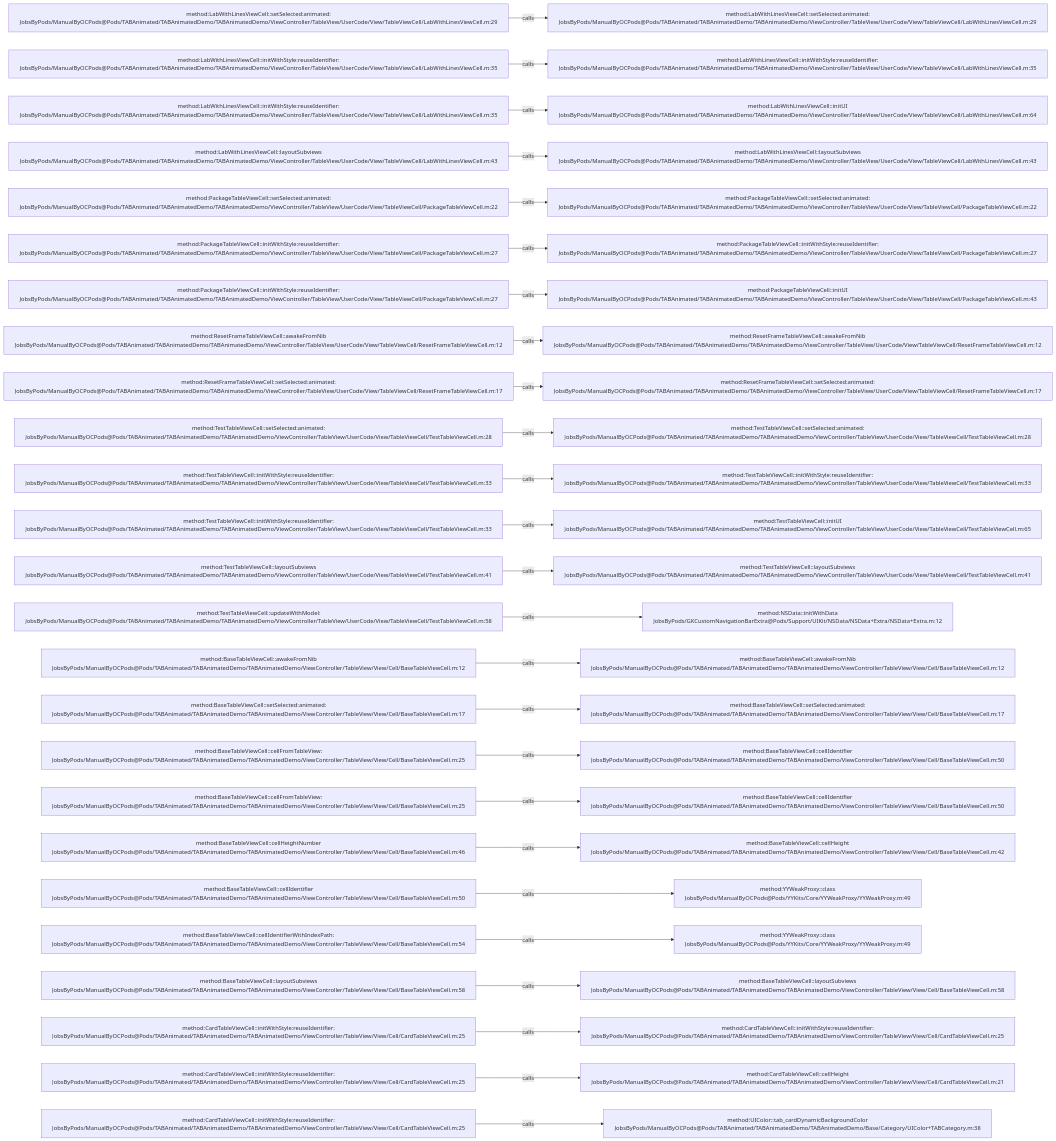
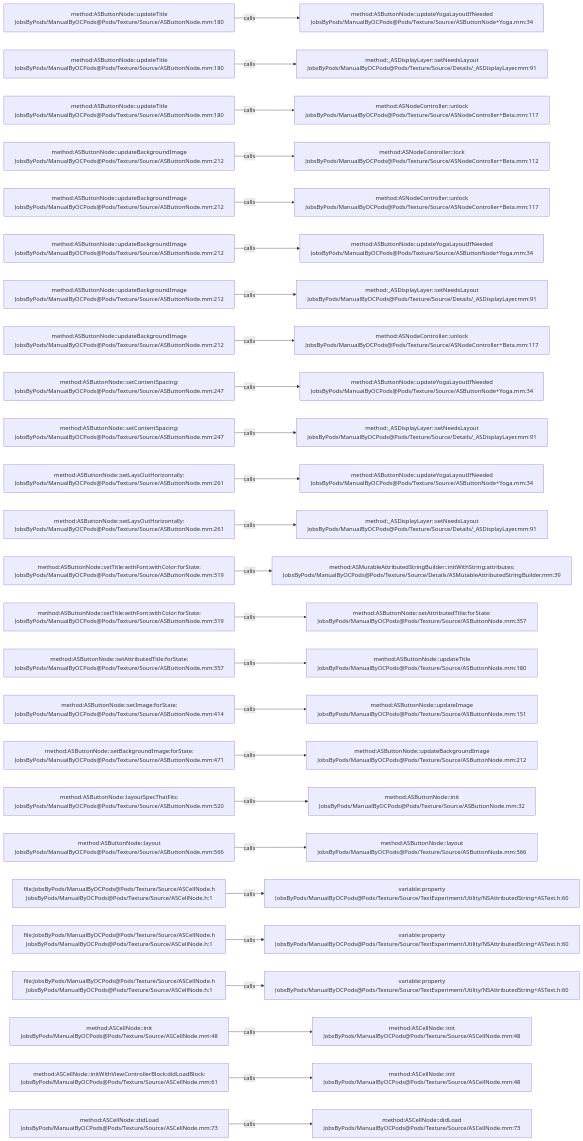
Before and after one commit to JobsKits/JobsOCBaseConfigDemo: the diagram in .codegraph/codegraph.md/graphs/calls-074.md, drawn with Mermaid. The commit also changed 1223 other files, not shown here.

````diff
--- a/.codegraph/codegraph.md/graphs/calls-074.md
+++ b/.codegraph/codegraph.md/graphs/calls-074.md
@@ -13,78 +13,78 @@
 ```mermaid
 flowchart LR
-  S1["method:LabWithLinesViewCell::setSelected:animated:<br/>JobsByPods/ManualByOCPods@Pods/TABAnimated/TABAnimatedDemo/TABAnimatedDemo/ViewController/TableView/UserCode/View/TableViewCell/LabWithLinesViewCell.m:29"]
-  T1["method:LabWithLinesViewCell::setSelected:animated:<br/>JobsByPods/ManualByOCPods@Pods/TABAnimated/TABAnimatedDemo/TABAnimatedDemo/ViewController/TableView/UserCode/View/TableViewCell/LabWithLinesViewCell.m:29"]
+  S1["method:ASButtonNode::updateTitle<br/>JobsByPods/ManualByOCPods@Pods/Texture/Source/ASButtonNode.mm:180"]
+  T1["method:ASButtonNode::updateYogaLayoutIfNeeded<br/>JobsByPods/ManualByOCPods@Pods/Texture/Source/ASButtonNode+Yoga.mm:34"]
   S1 -->|calls| T1
-  S2["method:LabWithLinesViewCell::initWithStyle:reuseIdentifier:<br/>JobsByPods/ManualByOCPods@Pods/TABAnimated/TABAnimatedDemo/TABAnimatedDemo/ViewController/TableView/UserCode/View/TableViewCell/LabWithLinesViewCell.m:35"]
-  T2["method:LabWithLinesViewCell::initWithStyle:reuseIdentifier:<br/>JobsByPods/ManualByOCPods@Pods/TABAnimated/TABAnimatedDemo/TABAnimatedDemo/ViewController/TableView/UserCode/View/TableViewCell/LabWithLinesViewCell.m:35"]
+  S2["method:ASButtonNode::updateTitle<br/>JobsByPods/ManualByOCPods@Pods/Texture/Source/ASButtonNode.mm:180"]
+  T2["method:_ASDisplayLayer::setNeedsLayout<br/>JobsByPods/ManualByOCPods@Pods/Texture/Source/Details/_ASDisplayLayer.mm:91"]
   S2 -->|calls| T2
-  S3["method:LabWithLinesViewCell::initWithStyle:reuseIdentifier:<br/>JobsByPods/ManualByOCPods@Pods/TABAnimated/TABAnimatedDemo/TABAnimatedDemo/ViewController/TableView/UserCode/View/TableViewCell/LabWithLinesViewCell.m:35"]
-  T3["method:LabWithLinesViewCell::initUI<br/>JobsByPods/ManualByOCPods@Pods/TABAnimated/TABAnimatedDemo/TABAnimatedDemo/ViewController/TableView/UserCode/View/TableViewCell/LabWithLinesViewCell.m:64"]
+  S3["method:ASButtonNode::updateTitle<br/>JobsByPods/ManualByOCPods@Pods/Texture/Source/ASButtonNode.mm:180"]
+  T3["method:ASNodeController::unlock<br/>JobsByPods/ManualByOCPods@Pods/Texture/Source/ASNodeController+Beta.mm:117"]
   S3 -->|calls| T3
-  S4["method:LabWithLinesViewCell::layoutSubviews<br/>JobsByPods/ManualByOCPods@Pods/TABAnimated/TABAnimatedDemo/TABAnimatedDemo/ViewController/TableView/UserCode/View/TableViewCell/LabWithLinesViewCell.m:43"]
-  T4["method:LabWithLinesViewCell::layoutSubviews<br/>JobsByPods/ManualByOCPods@Pods/TABAnimated/TABAnimatedDemo/TABAnimatedDemo/ViewController/TableView/UserCode/View/TableViewCell/LabWithLinesViewCell.m:43"]
+  S4["method:ASButtonNode::updateBackgroundImage<br/>JobsByPods/ManualByOCPods@Pods/Texture/Source/ASButtonNode.mm:212"]
+  T4["method:ASNodeController::lock<br/>JobsByPods/ManualByOCPods@Pods/Texture/Source/ASNodeController+Beta.mm:112"]
   S4 -->|calls| T4
-  S5["method:PackageTableViewCell::setSelected:animated:<br/>JobsByPods/ManualByOCPods@Pods/TABAnimated/TABAnimatedDemo/TABAnimatedDemo/ViewController/TableView/UserCode/View/TableViewCell/PackageTableViewCell.m:22"]
-  T5["method:PackageTableViewCell::setSelected:animated:<br/>JobsByPods/ManualByOCPods@Pods/TABAnimated/TABAnimatedDemo/TABAnimatedDemo/ViewController/TableView/UserCode/View/TableViewCell/PackageTableViewCell.m:22"]
+  S5["method:ASButtonNode::updateBackgroundImage<br/>JobsByPods/ManualByOCPods@Pods/Texture/Source/ASButtonNode.mm:212"]
+  T5["method:ASNodeController::unlock<br/>JobsByPods/ManualByOCPods@Pods/Texture/Source/ASNodeController+Beta.mm:117"]
   S5 -->|calls| T5
-  S6["method:PackageTableViewCell::initWithStyle:reuseIdentifier:<br/>JobsByPods/ManualByOCPods@Pods/TABAnimated/TABAnimatedDemo/TABAnimatedDemo/ViewController/TableView/UserCode/View/TableViewCell/PackageTableViewCell.m:27"]
-  T6["method:PackageTableViewCell::initWithStyle:reuseIdentifier:<br/>JobsByPods/ManualByOCPods@Pods/TABAnimated/TABAnimatedDemo/TABAnimatedDemo/ViewController/TableView/UserCode/View/TableViewCell/PackageTableViewCell.m:27"]
+  S6["method:ASButtonNode::updateBackgroundImage<br/>JobsByPods/ManualByOCPods@Pods/Texture/Source/ASButtonNode.mm:212"]
+  T6["method:ASButtonNode::updateYogaLayoutIfNeeded<br/>JobsByPods/ManualByOCPods@Pods/Texture/Source/ASButtonNode+Yoga.mm:34"]
   S6 -->|calls| T6
-  S7["method:PackageTableViewCell::initWithStyle:reuseIdentifier:<br/>JobsByPods/ManualByOCPods@Pods/TABAnimated/TABAnimatedDemo/TABAnimatedDemo/ViewController/TableView/UserCode/View/TableViewCell/PackageTableViewCell.m:27"]
-  T7["method:PackageTableViewCell::initUI<br/>JobsByPods/ManualByOCPods@Pods/TABAnimated/TABAnimatedDemo/TABAnimatedDemo/ViewController/TableView/UserCode/View/TableViewCell/PackageTableViewCell.m:43"]
+  S7["method:ASButtonNode::updateBackgroundImage<br/>JobsByPods/ManualByOCPods@Pods/Texture/Source/ASButtonNode.mm:212"]
+  T7["method:_ASDisplayLayer::setNeedsLayout<br/>JobsByPods/ManualByOCPods@Pods/Texture/Source/Details/_ASDisplayLayer.mm:91"]
   S7 -->|calls| T7
-  S8["method:ResetFrameTableViewCell::awakeFromNib<br/>JobsByPods/ManualByOCPods@Pods/TABAnimated/TABAnimatedDemo/TABAnimatedDemo/ViewController/TableView/UserCode/View/TableViewCell/ResetFrameTableViewCell.m:12"]
-  T8["method:ResetFrameTableViewCell::awakeFromNib<br/>JobsByPods/ManualByOCPods@Pods/TABAnimated/TABAnimatedDemo/TABAnimatedDemo/ViewController/TableView/UserCode/View/TableViewCell/ResetFrameTableViewCell.m:12"]
+  S8["method:ASButtonNode::updateBackgroundImage<br/>JobsByPods/ManualByOCPods@Pods/Texture/Source/ASButtonNode.mm:212"]
+  T8["method:ASNodeController::unlock<br/>JobsByPods/ManualByOCPods@Pods/Texture/Source/ASNodeController+Beta.mm:117"]
   S8 -->|calls| T8
-  S9["method:ResetFrameTableViewCell::setSelected:animated:<br/>JobsByPods/ManualByOCPods@Pods/TABAnimated/TABAnimatedDemo/TABAnimatedDemo/ViewController/TableView/UserCode/View/TableViewCell/ResetFrameTableViewCell.m:17"]
-  T9["method:ResetFrameTableViewCell::setSelected:animated:<br/>JobsByPods/ManualByOCPods@Pods/TABAnimated/TABAnimatedDemo/TABAnimatedDemo/ViewController/TableView/UserCode/View/TableViewCell/ResetFrameTableViewCell.m:17"]
+  S9["method:ASButtonNode::setContentSpacing:<br/>JobsByPods/ManualByOCPods@Pods/Texture/Source/ASButtonNode.mm:247"]
+  T9["method:ASButtonNode::updateYogaLayoutIfNeeded<br/>JobsByPods/ManualByOCPods@Pods/Texture/Source/ASButtonNode+Yoga.mm:34"]
   S9 -->|calls| T9
-  S10["method:TestTableViewCell::setSelected:animated:<br/>JobsByPods/ManualByOCPods@Pods/TABAnimated/TABAnimatedDemo/TABAnimatedDemo/ViewController/TableView/UserCode/View/TableViewCell/TestTableViewCell.m:28"]
-  T10["method:TestTableViewCell::setSelected:animated:<br/>JobsByPods/ManualByOCPods@Pods/TABAnimated/TABAnimatedDemo/TABAnimatedDemo/ViewController/TableView/UserCode/View/TableViewCell/TestTableViewCell.m:28"]
+  S10["method:ASButtonNode::setContentSpacing:<br/>JobsByPods/ManualByOCPods@Pods/Texture/Source/ASButtonNode.mm:247"]
+  T10["method:_ASDisplayLayer::setNeedsLayout<br/>JobsByPods/ManualByOCPods@Pods/Texture/Source/Details/_ASDisplayLayer.mm:91"]
   S10 -->|calls| T10
-  S11["method:TestTableViewCell::initWithStyle:reuseIdentifier:<br/>JobsByPods/ManualByOCPods@Pods/TABAnimated/TABAnimatedDemo/TABAnimatedDemo/ViewController/TableView/UserCode/View/TableViewCell/TestTableViewCell.m:33"]
-  T11["method:TestTableViewCell::initWithStyle:reuseIdentifier:<br/>JobsByPods/ManualByOCPods@Pods/TABAnimated/TABAnimatedDemo/TABAnimatedDemo/ViewController/TableView/UserCode/View/TableViewCell/TestTableViewCell.m:33"]
+  S11["method:ASButtonNode::setLaysOutHorizontally:<br/>JobsByPods/ManualByOCPods@Pods/Texture/Source/ASButtonNode.mm:261"]
+  T11["method:ASButtonNode::updateYogaLayoutIfNeeded<br/>JobsByPods/ManualByOCPods@Pods/Texture/Source/ASButtonNode+Yoga.mm:34"]
   S11 -->|calls| T11
-  S12["method:TestTableViewCell::initWithStyle:reuseIdentifier:<br/>JobsByPods/ManualByOCPods@Pods/TABAnimated/TABAnimatedDemo/TABAnimatedDemo/ViewController/TableView/UserCode/View/TableViewCell/TestTableViewCell.m:33"]
-  T12["method:TestTableViewCell::initUI<br/>JobsByPods/ManualByOCPods@Pods/TABAnimated/TABAnimatedDemo/TABAnimatedDemo/ViewController/TableView/UserCode/View/TableViewCell/TestTableViewCell.m:65"]
+  S12["method:ASButtonNode::setLaysOutHorizontally:<br/>JobsByPods/ManualByOCPods@Pods/Texture/Source/ASButtonNode.mm:261"]
+  T12["method:_ASDisplayLayer::setNeedsLayout<br/>JobsByPods/ManualByOCPods@Pods/Texture/Source/Details/_ASDisplayLayer.mm:91"]
   S12 -->|calls| T12
-  S13["method:TestTableViewCell::layoutSubviews<br/>JobsByPods/ManualByOCPods@Pods/TABAnimated/TABAnimatedDemo/TABAnimatedDemo/ViewController/TableView/UserCode/View/TableViewCell/TestTableViewCell.m:41"]
-  T13["method:TestTableViewCell::layoutSubviews<br/>JobsByPods/ManualByOCPods@Pods/TABAnimated/TABAnimatedDemo/TABAnimatedDemo/ViewController/TableView/UserCode/View/TableViewCell/TestTableViewCell.m:41"]
+  S13["method:ASButtonNode::setTitle:withFont:withColor:forState:<br/>JobsByPods/ManualByOCPods@Pods/Texture/Source/ASButtonNode.mm:319"]
+  T13["method:ASMutableAttributedStringBuilder::initWithString:attributes:<br/>JobsByPods/ManualByOCPods@Pods/Texture/Source/Details/ASMutableAttributedStringBuilder.mm:39"]
   S13 -->|calls| T13
-  S14["method:TestTableViewCell::updateWithModel:<br/>JobsByPods/ManualByOCPods@Pods/TABAnimated/TABAnimatedDemo/TABAnimatedDemo/ViewController/TableView/UserCode/View/TableViewCell/TestTableViewCell.m:58"]
-  T14["method:NSData::initWithData<br/>JobsByPods/GKCustomNavigationBarExtra@Pods/Support/UIKit/NSData/NSData+Extra/NSData+Extra.m:12"]
+  S14["method:ASButtonNode::setTitle:withFont:withColor:forState:<br/>JobsByPods/ManualByOCPods@Pods/Texture/Source/ASButtonNode.mm:319"]
+  T14["method:ASButtonNode::setAttributedTitle:forState:<br/>JobsByPods/ManualByOCPods@Pods/Texture/Source/ASButtonNode.mm:357"]
   S14 -->|calls| T14
-  S15["method:BaseTableViewCell::awakeFromNib<br/>JobsByPods/ManualByOCPods@Pods/TABAnimated/TABAnimatedDemo/TABAnimatedDemo/ViewController/TableView/View/Cell/BaseTableViewCell.m:12"]
-  T15["method:BaseTableViewCell::awakeFromNib<br/>JobsByPods/ManualByOCPods@Pods/TABAnimated/TABAnimatedDemo/TABAnimatedDemo/ViewController/TableView/View/Cell/BaseTableViewCell.m:12"]
+  S15["method:ASButtonNode::setAttributedTitle:forState:<br/>JobsByPods/ManualByOCPods@Pods/Texture/Source/ASButtonNode.mm:357"]
+  T15["method:ASButtonNode::updateTitle<br/>JobsByPods/ManualByOCPods@Pods/Texture/Source/ASButtonNode.mm:180"]
   S15 -->|calls| T15
-  S16["method:BaseTableViewCell::setSelected:animated:<br/>JobsByPods/ManualByOCPods@Pods/TABAnimated/TABAnimatedDemo/TABAnimatedDemo/ViewController/TableView/View/Cell/BaseTableViewCell.m:17"]
-  T16["method:BaseTableViewCell::setSelected:animated:<br/>JobsByPods/ManualByOCPods@Pods/TABAnimated/TABAnimatedDemo/TABAnimatedDemo/ViewController/TableView/View/Cell/BaseTableViewCell.m:17"]
+  S16["method:ASButtonNode::setImage:forState:<br/>JobsByPods/ManualByOCPods@Pods/Texture/Source/ASButtonNode.mm:414"]
+  T16["method:ASButtonNode::updateImage<br/>JobsByPods/ManualByOCPods@Pods/Texture/Source/ASButtonNode.mm:151"]
   S16 -->|calls| T16
-  S17["method:BaseTableViewCell::cellFromTableView:<br/>JobsByPods/ManualByOCPods@Pods/TABAnimated/TABAnimatedDemo/TABAnimatedDemo/ViewController/TableView/View/Cell/BaseTableViewCell.m:25"]
-  T17["method:BaseTableViewCell::cellIdentifier<br/>JobsByPods/ManualByOCPods@Pods/TABAnimated/TABAnimatedDemo/TABAnimatedDemo/ViewController/TableView/View/Cell/BaseTableViewCell.m:50"]
+  S17["method:ASButtonNode::setBackgroundImage:forState:<br/>JobsByPods/ManualByOCPods@Pods/Texture/Source/ASButtonNode.mm:471"]
+  T17["method:ASButtonNode::updateBackgroundImage<br/>JobsByPods/ManualByOCPods@Pods/Texture/Source/ASButtonNode.mm:212"]
   S17 -->|calls| T17
-  S18["method:BaseTableViewCell::cellFromTableView:<br/>JobsByPods/ManualByOCPods@Pods/TABAnimated/TABAnimatedDemo/TABAnimatedDemo/ViewController/TableView/View/Cell/BaseTableViewCell.m:25"]
-  T18["method:BaseTableViewCell::cellIdentifier<br/>JobsByPods/ManualByOCPods@Pods/TABAnimated/TABAnimatedDemo/TABAnimatedDemo/ViewController/TableView/View/Cell/BaseTableViewCell.m:50"]
+  S18["method:ASButtonNode::layoutSpecThatFits:<br/>JobsByPods/ManualByOCPods@Pods/Texture/Source/ASButtonNode.mm:520"]
+  T18["method:ASButtonNode::init<br/>JobsByPods/ManualByOCPods@Pods/Texture/Source/ASButtonNode.mm:32"]
   S18 -->|calls| T18
-  S19["method:BaseTableViewCell::cellHeightNumber<br/>JobsByPods/ManualByOCPods@Pods/TABAnimated/TABAnimatedDemo/TABAnimatedDemo/ViewController/TableView/View/Cell/BaseTableViewCell.m:46"]
-  T19["method:BaseTableViewCell::cellHeight<br/>JobsByPods/ManualByOCPods@Pods/TABAnimated/TABAnimatedDemo/TABAnimatedDemo/ViewController/TableView/View/Cell/BaseTableViewCell.m:42"]
+  S19["method:ASButtonNode::layout<br/>JobsByPods/ManualByOCPods@Pods/Texture/Source/ASButtonNode.mm:566"]
+  T19["method:ASButtonNode::layout<br/>JobsByPods/ManualByOCPods@Pods/Texture/Source/ASButtonNode.mm:566"]
   S19 -->|calls| T19
-  S20["method:BaseTableViewCell::cellIdentifier<br/>JobsByPods/ManualByOCPods@Pods/TABAnimated/TABAnimatedDemo/TABAnimatedDemo/ViewController/TableView/View/Cell/BaseTableViewCell.m:50"]
-  T20["method:YYWeakProxy::class<br/>JobsByPods/ManualByOCPods@Pods/YYKits/Core/YYWeakProxy/YYWeakProxy.m:49"]
+  S20["file:JobsByPods/ManualByOCPods@Pods/Texture/Source/ASCellNode.h<br/>JobsByPods/ManualByOCPods@Pods/Texture/Source/ASCellNode.h:1"]
+  T20["variable:property<br/>JobsByPods/ManualByOCPods@Pods/Texture/Source/TextExperiment/Utility/NSAttributedString+ASText.h:60"]
   S20 -->|calls| T20
-  S21["method:BaseTableViewCell::cellIdentifierWithIndexPath:<br/>JobsByPods/ManualByOCPods@Pods/TABAnimated/TABAnimatedDemo/TABAnimatedDemo/ViewController/TableView/View/Cell/BaseTableViewCell.m:54"]
-  T21["method:YYWeakProxy::class<br/>JobsByPods/ManualByOCPods@Pods/YYKits/Core/YYWeakProxy/YYWeakProxy.m:49"]
+  S21["file:JobsByPods/ManualByOCPods@Pods/Texture/Source/ASCellNode.h<br/>JobsByPods/ManualByOCPods@Pods/Texture/Source/ASCellNode.h:1"]
+  T21["variable:property<br/>JobsByPods/ManualByOCPods@Pods/Texture/Source/TextExperiment/Utility/NSAttributedString+ASText.h:60"]
   S21 -->|calls| T21
-  S22["method:BaseTableViewCell::layoutSubviews<br/>JobsByPods/ManualByOCPods@Pods/TABAnimated/TABAnimatedDemo/TABAnimatedDemo/ViewController/TableView/View/Cell/BaseTableViewCell.m:58"]
-  T22["method:BaseTableViewCell::layoutSubviews<br/>JobsByPods/ManualByOCPods@Pods/TABAnimated/TABAnimatedDemo/TABAnimatedDemo/ViewController/TableView/View/Cell/BaseTableViewCell.m:58"]
+  S22["file:JobsByPods/ManualByOCPods@Pods/Texture/Source/ASCellNode.h<br/>JobsByPods/ManualByOCPods@Pods/Texture/Source/ASCellNode.h:1"]
+  T22["variable:property<br/>JobsByPods/ManualByOCPods@Pods/Texture/Source/TextExperiment/Utility/NSAttributedString+ASText.h:60"]
   S22 -->|calls| T22
-  S23["method:CardTableViewCell::initWithStyle:reuseIdentifier:<br/>JobsByPods/ManualByOCPods@Pods/TABAnimated/TABAnimatedDemo/TABAnimatedDemo/ViewController/TableView/View/Cell/CardTableViewCell.m:25"]
-  T23["method:CardTableViewCell::initWithStyle:reuseIdentifier:<br/>JobsByPods/ManualByOCPods@Pods/TABAnimated/TABAnimatedDemo/TABAnimatedDemo/ViewController/TableView/View/Cell/CardTableViewCell.m:25"]
+  S23["method:ASCellNode::init<br/>JobsByPods/ManualByOCPods@Pods/Texture/Source/ASCellNode.mm:48"]
+  T23["method:ASCellNode::init<br/>JobsByPods/ManualByOCPods@Pods/Texture/Source/ASCellNode.mm:48"]
   S23 -->|calls| T23
-  S24["method:CardTableViewCell::initWithStyle:reuseIdentifier:<br/>JobsByPods/ManualByOCPods@Pods/TABAnimated/TABAnimatedDemo/TABAnimatedDemo/ViewController/TableView/View/Cell/CardTableViewCell.m:25"]
-  T24["method:CardTableViewCell::cellHeight<br/>JobsByPods/ManualByOCPods@Pods/TABAnimated/TABAnimatedDemo/TABAnimatedDemo/ViewController/TableView/View/Cell/CardTableViewCell.m:21"]
+  S24["method:ASCellNode::initWithViewControllerBlock:didLoadBlock:<br/>JobsByPods/ManualByOCPods@Pods/Texture/Source/ASCellNode.mm:61"]
+  T24["method:ASCellNode::init<br/>JobsByPods/ManualByOCPods@Pods/Texture/Source/ASCellNode.mm:48"]
   S24 -->|calls| T24
-  S25["method:CardTableViewCell::initWithStyle:reuseIdentifier:<br/>JobsByPods/ManualByOCPods@Pods/TABAnimated/TABAnimatedDemo/TABAnimatedDemo/ViewController/TableView/View/Cell/CardTableViewCell.m:25"]
-  T25["method:UIColor::tab_cardDynamicBackgroundColor<br/>JobsByPods/ManualByOCPods@Pods/TABAnimated/TABAnimatedDemo/TABAnimatedDemo/Base/Category/UIColor+TABCategory.m:38"]
+  S25["method:ASCellNode::didLoad<br/>JobsByPods/ManualByOCPods@Pods/Texture/Source/ASCellNode.mm:73"]
+  T25["method:ASCellNode::didLoad<br/>JobsByPods/ManualByOCPods@Pods/Texture/Source/ASCellNode.mm:73"]
   S25 -->|calls| T25
 ```
````
